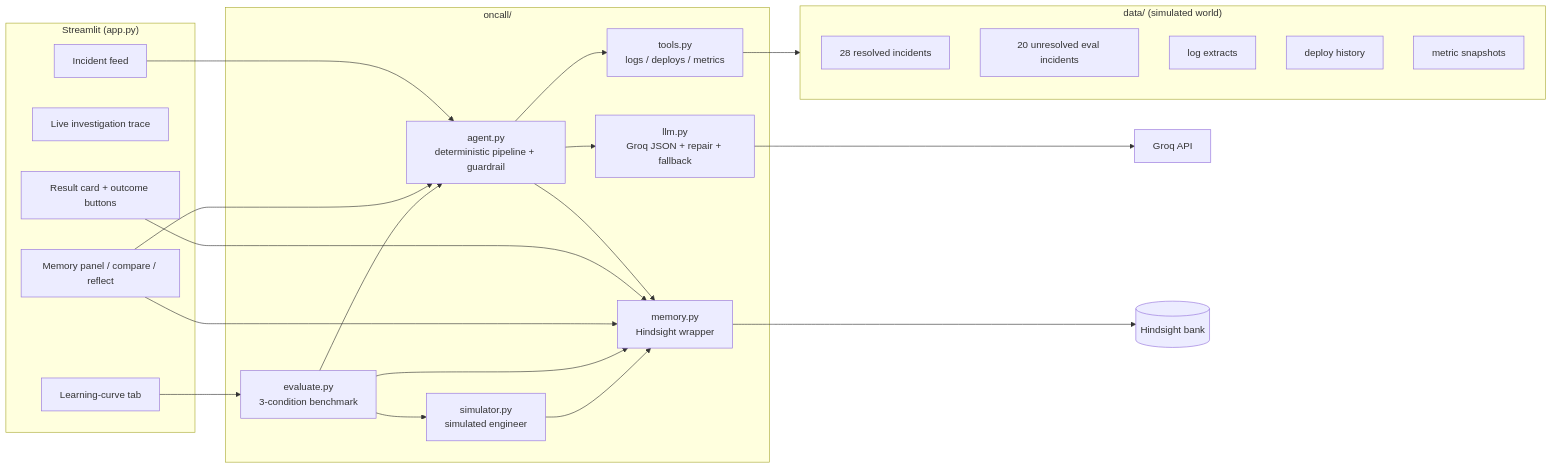
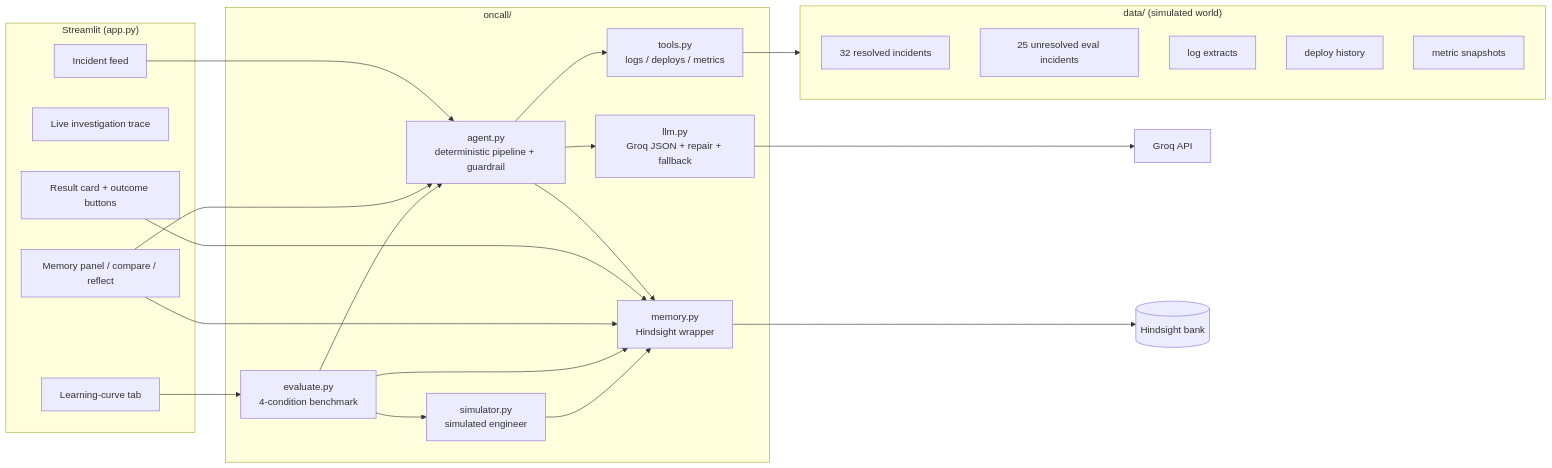
Before and after one commit to rahulrr3240/AI-Agent: the diagram in ARCHITECTURE.md, drawn with Mermaid. The commit also changed other lines of this file and 4 other files, not shown here.

````diff
--- a/ARCHITECTURE.md
+++ b/ARCHITECTURE.md
@@ -7,43 +7,43 @@
 ```mermaid
 flowchart LR
     subgraph UI["Streamlit (app.py)"]
         FEED[Incident feed]
         TRACE[Live investigation trace]
         CARD[Result card + outcome buttons]
         PANEL[Memory panel / compare / reflect]
         CURVE[Learning-curve tab]
     end
 
     subgraph CORE["oncall/"]
         AGENT[agent.py<br/>deterministic pipeline + guardrail]
         TOOLS[tools.py<br/>logs / deploys / metrics]
         LLM[llm.py<br/>Groq JSON + repair + fallback]
         MEM[memory.py<br/>Hindsight wrapper]
         SIM[simulator.py<br/>simulated engineer]
-        EVAL[evaluate.py<br/>3-condition benchmark]
+        EVAL[evaluate.py<br/>4-condition benchmark]
     end
 
     subgraph DATA["data/ (simulated world)"]
-        HIST[28 resolved incidents]
-        EVALS[20 unresolved eval incidents]
+        HIST[32 resolved incidents]
+        EVALS[25 unresolved eval incidents]
         LOGS[log extracts]
         DEPLOYS[deploy history]
         METRICS[metric snapshots]
     end
 
     HINDSIGHT[(Hindsight bank)]
     GROQ[Groq API]
 
     FEED --> AGENT
     AGENT --> TOOLS --> DATA
     AGENT --> LLM --> GROQ
     AGENT --> MEM --> HINDSIGHT
     CARD --> MEM
     PANEL --> MEM
     PANEL --> AGENT
     EVAL --> AGENT
     EVAL --> SIM
     EVAL --> MEM
     SIM --> MEM
     CURVE --> EVAL
 ```
````
